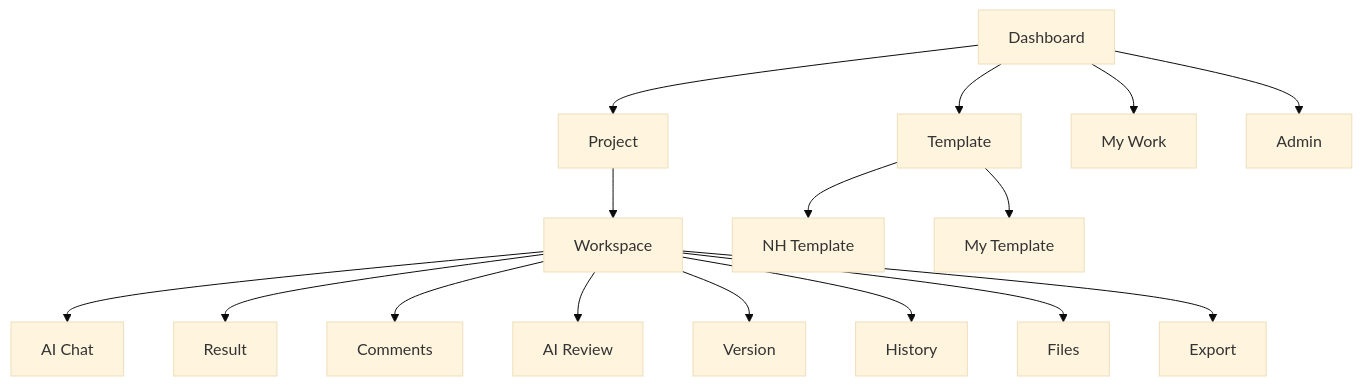
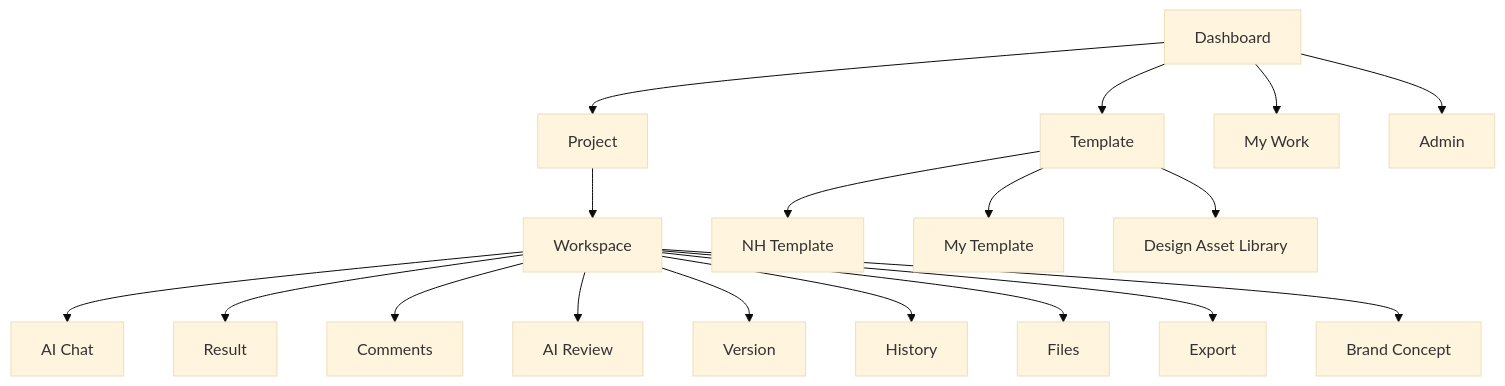
Before and after one commit to ktj1221/nhfrotier: the diagram in 개발문서/03_IA_FUNCTION_SPEC.md, drawn with Mermaid (base theme). The commit also changed other lines of this file and 24 other files, not shown here.

````diff
--- a/개발문서/03_IA_FUNCTION_SPEC.md
+++ b/개발문서/03_IA_FUNCTION_SPEC.md
@@ -8,18 +8,20 @@
 ```mermaid
 flowchart TD
   A[Dashboard] --> B[Project]
   B --> C[Workspace]
   C --> C1[AI Chat]
   C --> C2[Result]
   C --> C3[Comments]
   C --> C4[AI Review]
   C --> C5[Version]
   C --> C6[History]
   C --> C7[Files]
   C --> C8[Export]
+  C --> C9[Brand Concept]
   A --> D[Template]
   D --> D1[NH Template]
   D --> D2[My Template]
+  D --> D3[Design Asset Library]
   A --> E[My Work]
   A --> F[Admin]
 ```
````
